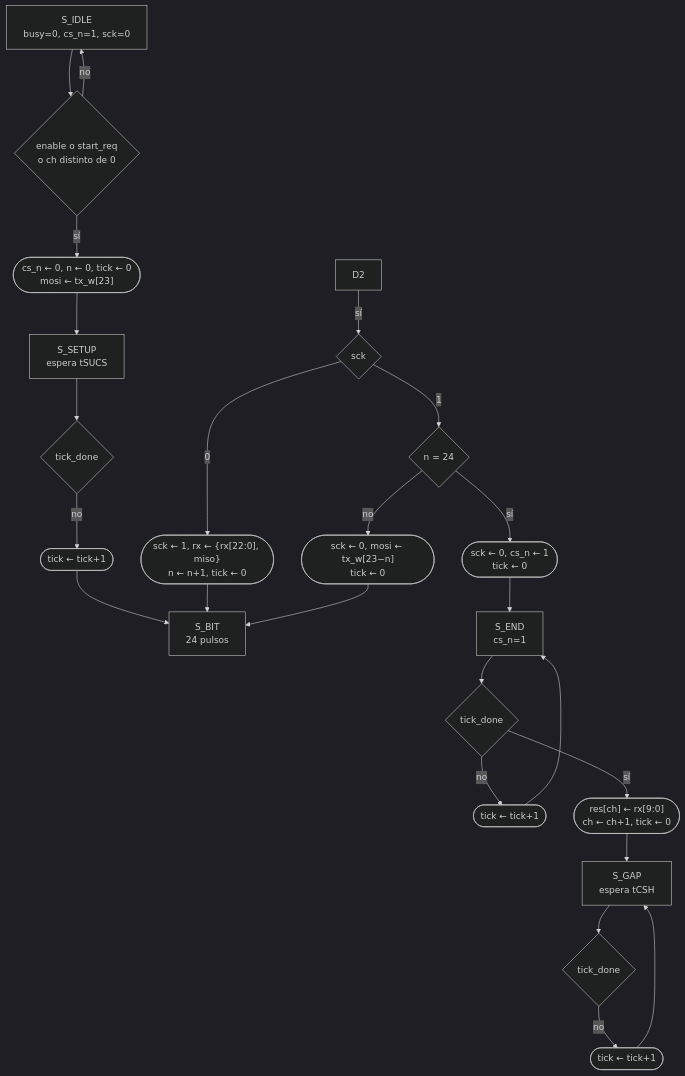
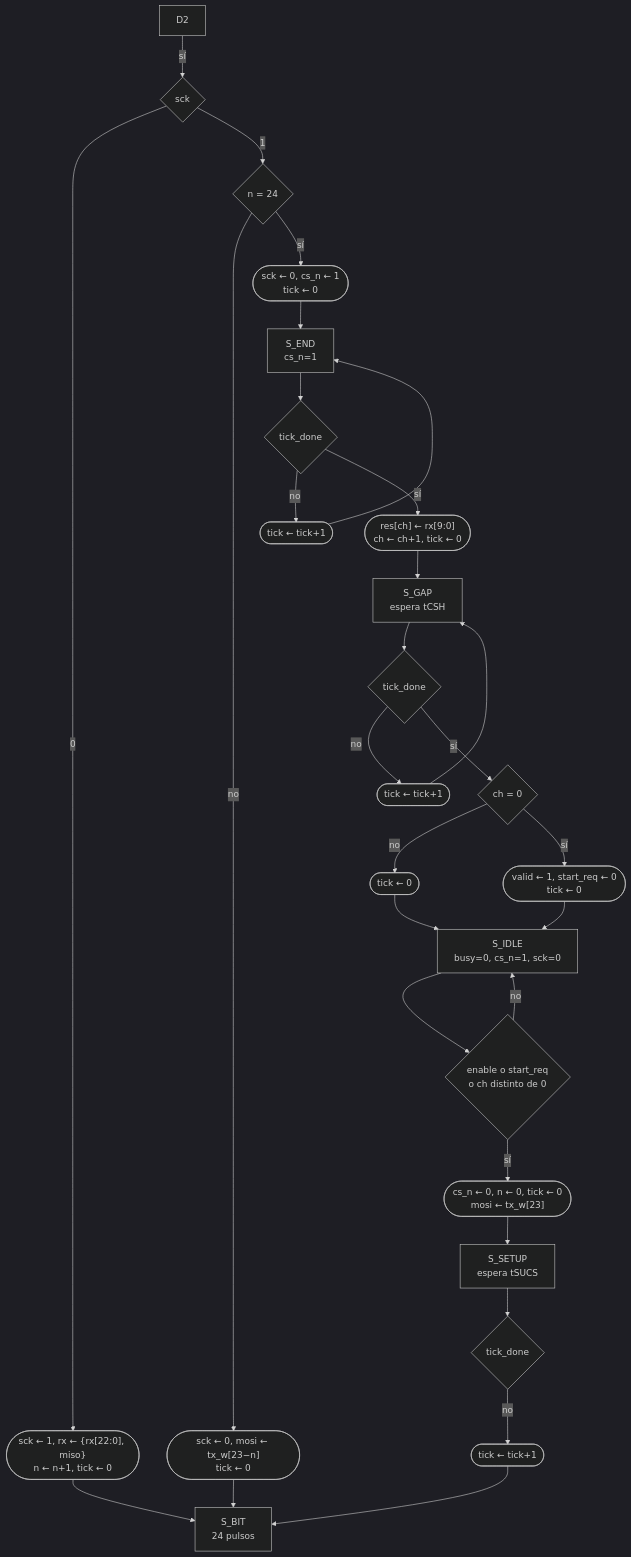
The diagram in grupo2-joystick/README.md (wwilchesc/Proyecto-Final-Digital-Grupo-10), drawn with Mermaid (dark theme) before and after one commit.

````diff
--- a/grupo2-joystick/README.md
+++ b/grupo2-joystick/README.md
@@ -378,23 +378,26 @@
 ```mermaid
 flowchart TD
     S0["S_IDLE<br/>busy=0, cs_n=1, sck=0"]
     S1["S_SETUP<br/>espera tSUCS"]
     S2["S_BIT<br/>24 pulsos"]
     S3["S_END<br/>cs_n=1"]
     S4["S_GAP<br/>espera tCSH"]
     S0 --> D0{"enable o start_req<br/>o ch distinto de 0"}
     D0 -- no --> S0
     D0 -- sí --> O0(["cs_n ← 0, n ← 0, tick ← 0<br/>mosi ← tx_w[23]"]) --> S1
     S1 --> D1{"tick_done"}
     D1 -- no --> O3(["tick ← tick+1"]) --> S2
     D2 -- sí --> D3{"sck"}
     D3 -- 0 --> O4(["sck ← 1, rx ← {rx[22:0], miso}<br/>n ← n+1, tick ← 0"]) --> S2
     D3 -- 1 --> D4{"n = 24"}
     D4 -- no --> O5(["sck ← 0, mosi ← tx_w[23−n]<br/>tick ← 0"]) --> S2
     D4 -- sí --> O6(["sck ← 0, cs_n ← 1<br/>tick ← 0"]) --> S3
     S3 --> D5{"tick_done"}
     D5 -- no --> O7(["tick ← tick+1"]) --> S3
     D5 -- sí --> O8(["res[ch] ← rx[9:0]<br/>ch ← ch+1, tick ← 0"]) --> S4
     S4 --> D6{"tick_done"}
     D6 -- no --> O9(["tick ← tick+1"]) --> S4
+    D6 -- sí --> D7{"ch = 0"}
+    D7 -- no --> O10(["tick ← 0"]) --> S0
+    D7 -- sí --> O11(["valid ← 1, start_req ← 0<br/>tick ← 0"]) --> S0
  ```
````
